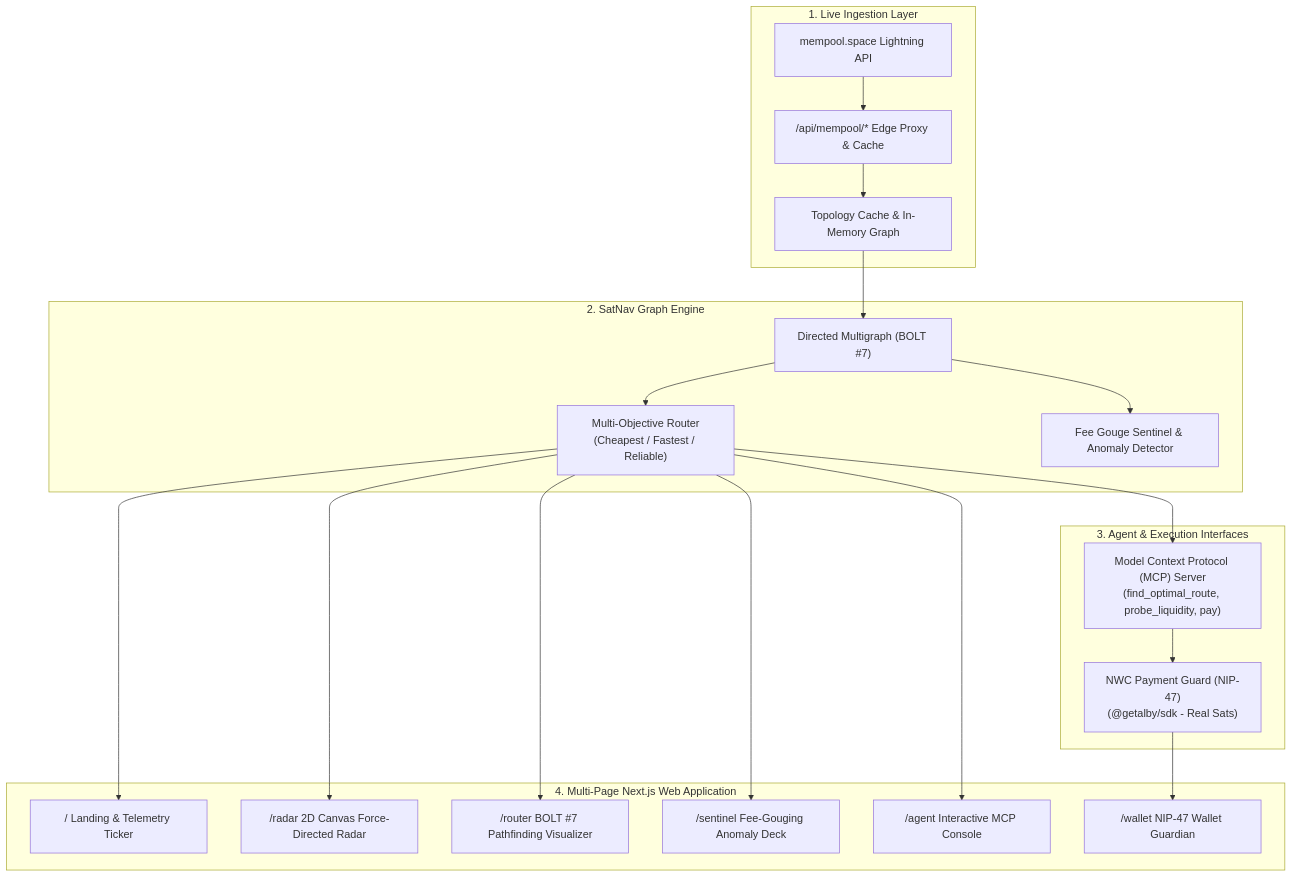
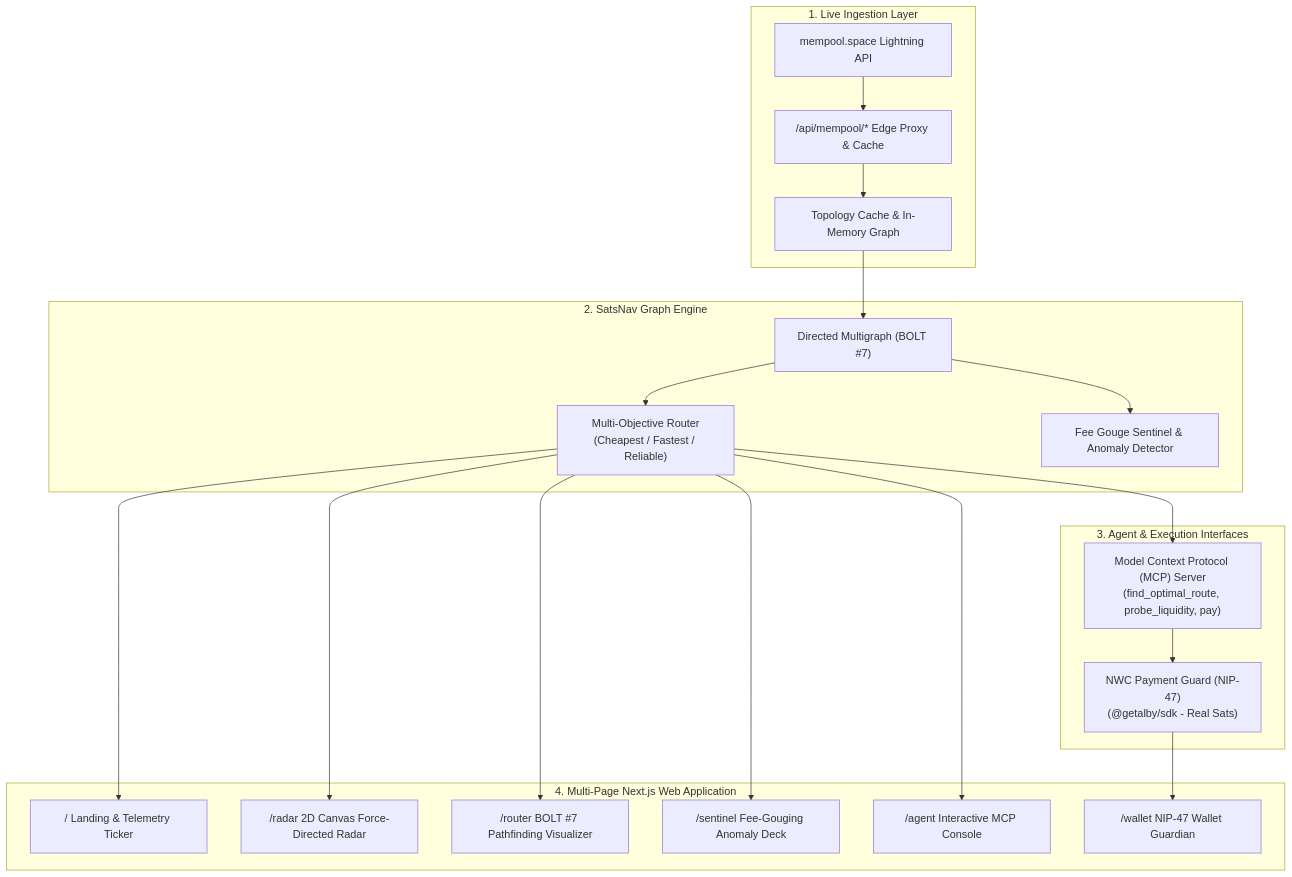
Before and after one commit to emarc99/satsnav: the diagram in README.md, drawn with Mermaid. The commit also changed other lines of this file, not shown here.

Commit message:
docs: update branding to SatsNav in README

````diff
--- a/README.md
+++ b/README.md
@@ -30,27 +30,27 @@
 ```mermaid
 graph TD
     subgraph Ingestion["1. Live Ingestion Layer"]
         M1["mempool.space Lightning API"] --> M2["/api/mempool/* Edge Proxy & Cache"]
         M2 --> M3["Topology Cache & In-Memory Graph"]
     end
 
-    subgraph Core["2. SatNav Graph Engine"]
+    subgraph Core["2. SatsNav Graph Engine"]
         M3 --> G1["Directed Multigraph (BOLT #7)"]
         G1 --> G2["Multi-Objective Router<br/>(Cheapest / Fastest / Reliable)"]
         G1 --> G3["Fee Gouge Sentinel & Anomaly Detector"]
     end
 
     subgraph Interface["3. Agent & Execution Interfaces"]
         G2 --> MCP["Model Context Protocol (MCP) Server<br/>(find_optimal_route, probe_liquidity, pay)"]
         MCP --> NWC["NWC Payment Guard (NIP-47)<br/>(@getalby/sdk - Real Sats)"]
     end
 
     subgraph UI["4. Multi-Page Next.js Web Application"]
         G2 --> P1["/ Landing & Telemetry Ticker"]
         G2 --> P2["/radar 2D Canvas Force-Directed Radar"]
         G2 --> P3["/router BOLT #7 Pathfinding Visualizer"]
         G2 --> P4["/sentinel Fee-Gouging Anomaly Deck"]
         G2 --> P5["/agent Interactive MCP Console"]
         NWC --> P6["/wallet NIP-47 Wallet Guardian"]
     end
 ```
````
